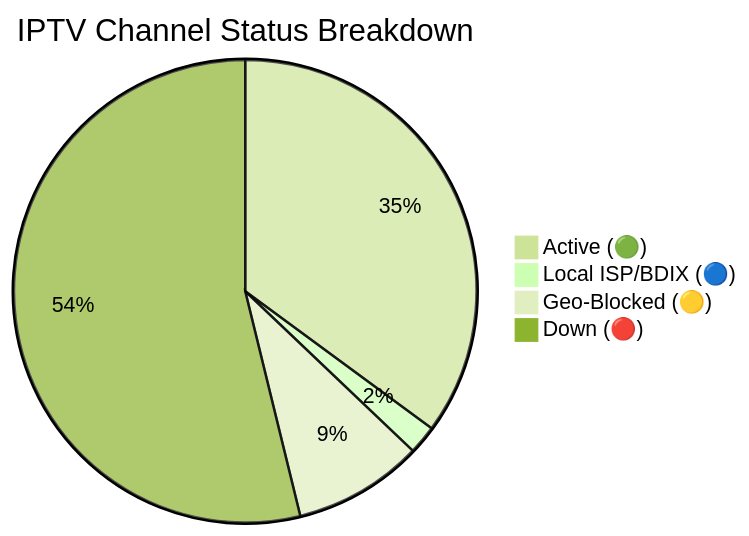
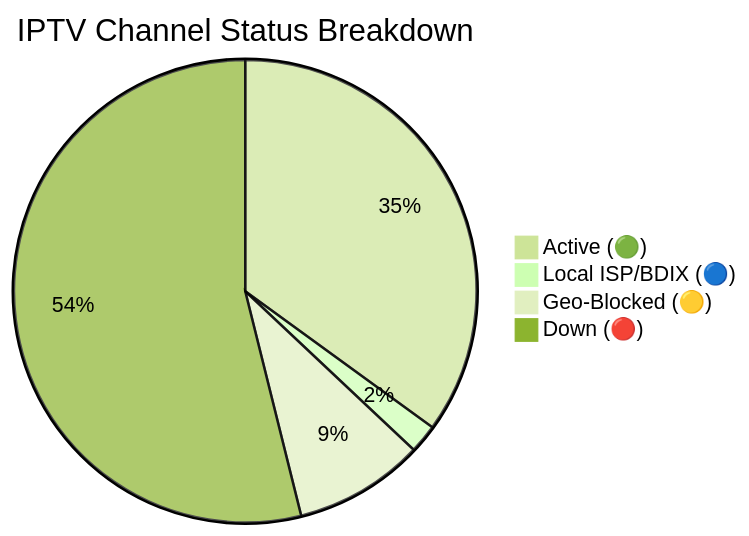
The diagram in README.md (andreataylord/Ip-tv-Collection), drawn with Mermaid (forest theme) before and after one commit. The commit also changed other lines of this file and 1 other file, not shown here.

Commit message:
docs(readme): auto-update daily channel status chart

````diff
--- a/README.md
+++ b/README.md
@@ -59,7 +59,7 @@
 ```mermaid
 pie title IPTV Channel Status Breakdown
-    "Active (🟢)" : 2230
+    "Active (🟢)" : 2224
     "Local ISP/BDIX (🔵)" : 128
-    "Geo-Blocked (🟡)" : 576
-    "Down (🔴)" : 3420
+    "Geo-Blocked (🟡)" : 578
+    "Down (🔴)" : 3424
 ```
````
